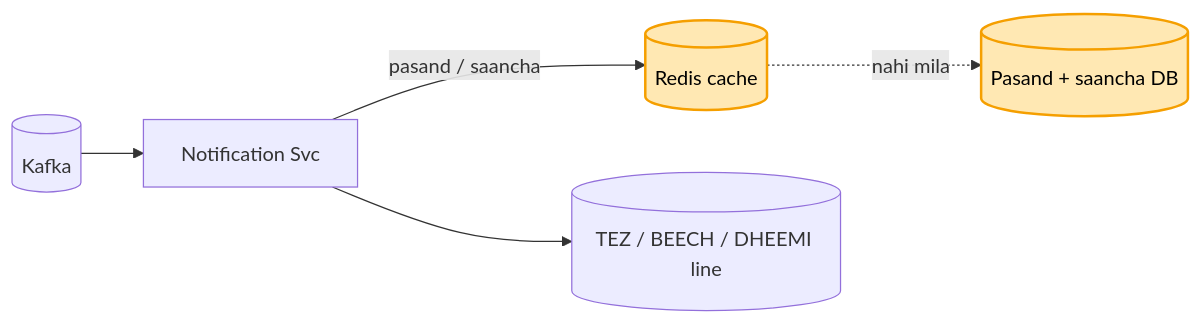
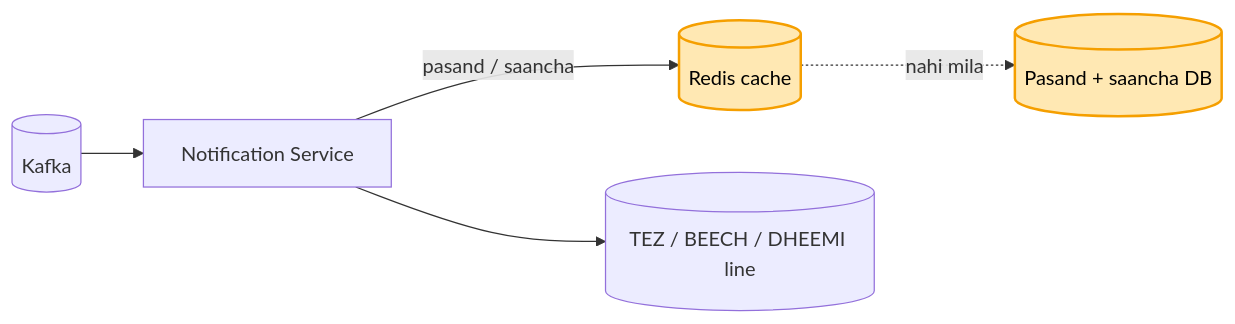
Diagram 11 of 11 in 04_HLD/SYSTEM_DESIGNS/04_notification_system/04_notification_system.md (ArpanMaheshwari144/Prep), drawn with Mermaid before and after one commit. The commit also changed other lines of this file and 8 other files, not shown here.

````diff
--- a/04_HLD/SYSTEM_DESIGNS/04_notification_system/04_notification_system.md
+++ b/04_HLD/SYSTEM_DESIGNS/04_notification_system/04_notification_system.md
@@ -436,9 +436,9 @@
 ```mermaid
 flowchart LR
-    K[("Kafka")] --> N["Notification Svc"]
+    K[("Kafka")] --> N["Notification Service"]
     N -- "pasand / saancha" --> RC[("Redis cache")]
     RC -. "nahi mila" .-> PD[("Pasand + saancha DB")]
     N --> L[("TEZ / BEECH / DHEEMI line")]
     style RC fill:#ffe8b3,stroke:#f59f00,stroke-width:2px,color:#000
     style PD fill:#ffe8b3,stroke:#f59f00,stroke-width:2px,color:#000
 ```
````
